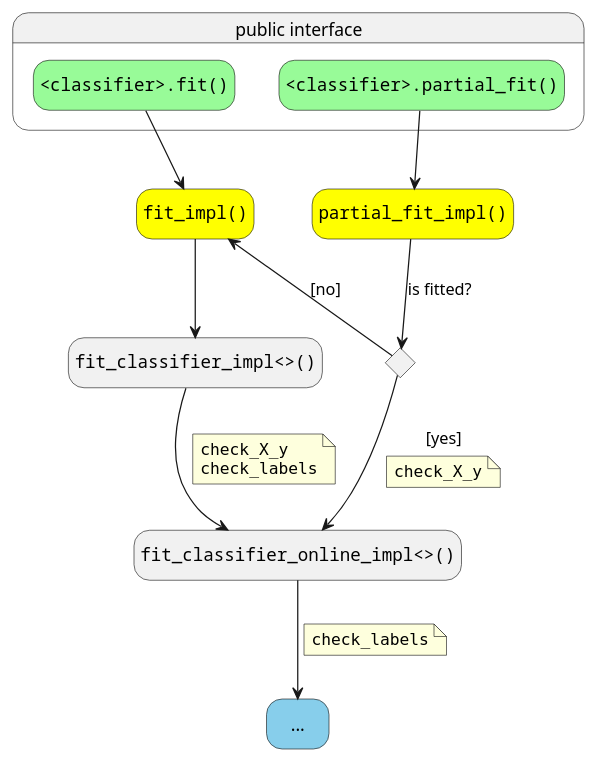
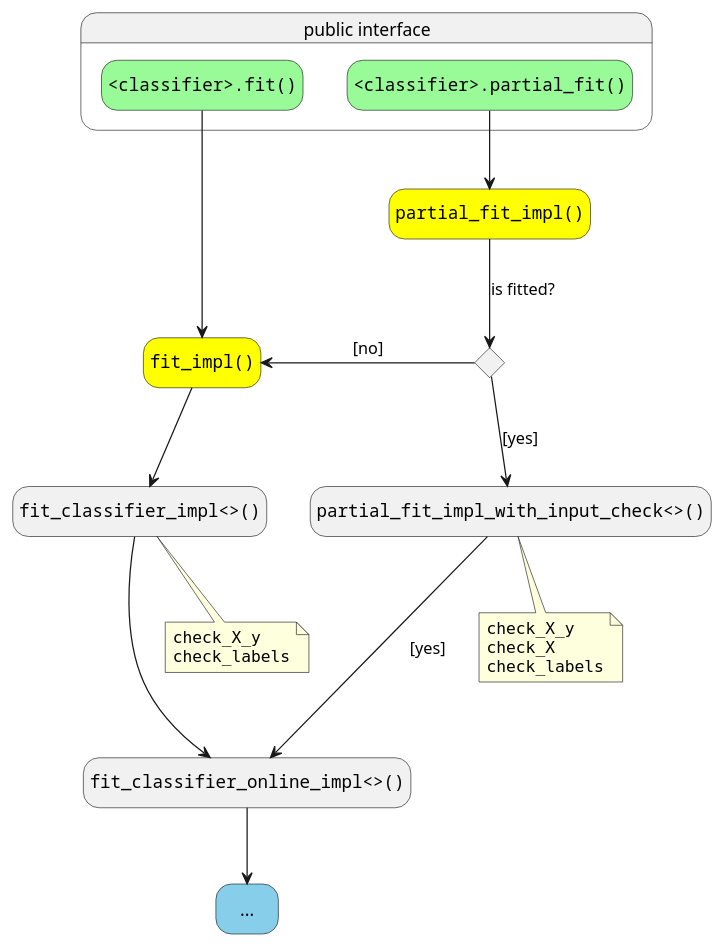
One commit to WojciechMigda/Tsetlini changed the diagram in docs/internals/implementation.rst. Above: the diagram before and after it, drawn with PlantUML. The commit also changed 1 other file, not shown here.

Commit message:
Move input labels check away from fit_classifier_online_impl
(#159)

```diff
--- a/docs/internals/implementation.rst
+++ b/docs/internals/implementation.rst
@@ -28,34 +28,35 @@
 .. uml::
    :caption: Portion of Classifier's call trace
 
    hide empty description
    state "public interface" as public_interface {
       state "<font:courier><classifier>.fit()" as fit #palegreen
       state "<font:courier><classifier>.partial_fit()" as partial_fit #palegreen
    }
    state "<font:courier>fit_impl()" as fit_impl #yellow
+   state "<font:courier>partial_fit_impl_with_input_check<>()" as partial_fit_impl_with_input_check
    state "<font:courier>fit_classifier_impl<>()" as fit_classifier_impl
    state "<font:courier>partial_fit_impl()" as partial_fit_impl #yellow
    state "<font:courier>fit_classifier_online_impl<>()" as fit_classifier_online_impl
    state "..." as ellipsis #skyblue
 
    state is_fitted <<choice>>
 
    fit --> fit_impl
    partial_fit --> partial_fit_impl
    partial_fit_impl --> is_fitted : is fitted?
    is_fitted -left-> fit_impl : [no]
-   is_fitted --> fit_classifier_online_impl : [yes]
-   note on link
+   is_fitted --> partial_fit_impl_with_input_check : [yes]
+   partial_fit_impl_with_input_check ---> fit_classifier_online_impl : [yes]
+   note bottom of partial_fit_impl_with_input_check
      ""check_X_y""
+     ""check_X""
+     ""check_labels""
    end note
    fit_impl --> fit_classifier_impl
-   fit_classifier_impl --> fit_classifier_online_impl
-   note on link
+   fit_classifier_impl ---> fit_classifier_online_impl
+   note bottom of fit_classifier_impl
      ""check_X_y""
      ""check_labels""
    end note
    fit_classifier_online_impl --> ellipsis
-   note on link
-     ""check_labels""
-   end note
```
